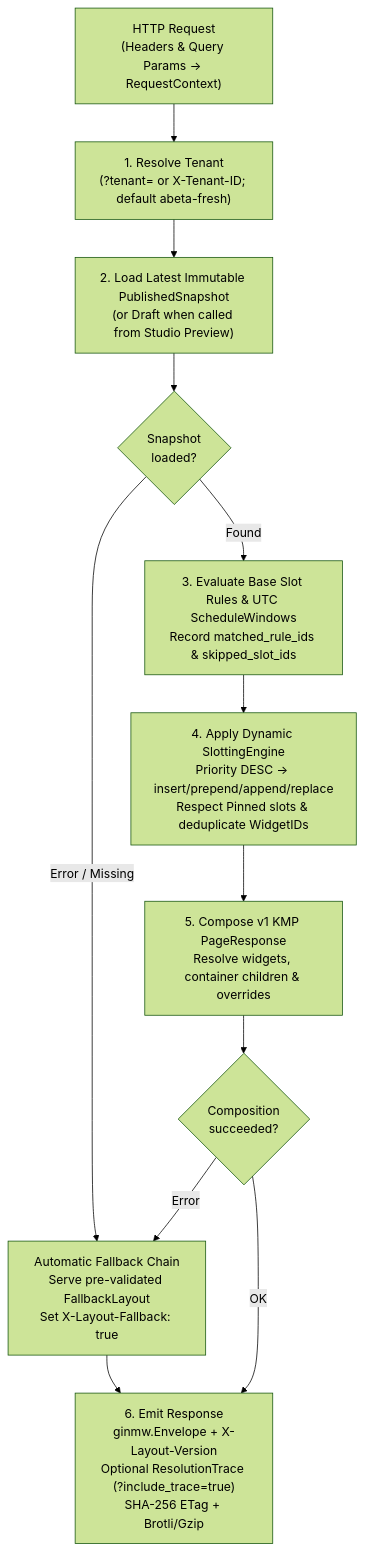
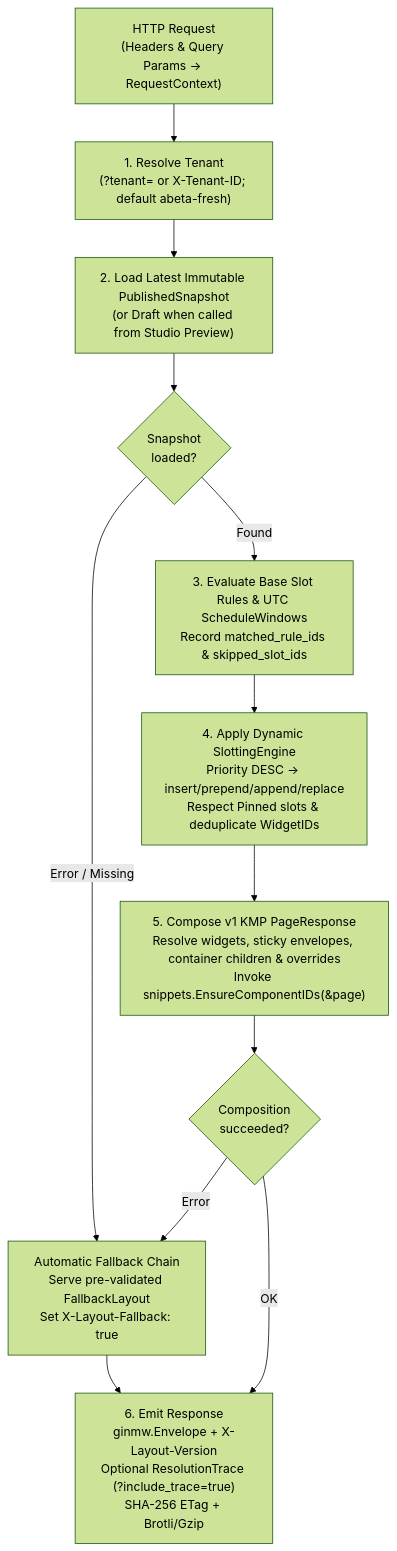
The second of 2 diagrams in docs/architecture.md (Abeta-dev/layout-engine), drawn with Mermaid (forest theme) before and after one commit. The commit also changed other lines of this file and 36 other files, not shown here.

Commit message:
feat(engine): upgrade to v0.4.0 with kmp/bff v0.6.0 (36 ComposedNodeKinds, box_alignment, Sticky, EnsureComponentIDs, CI Quality Gate)

````diff
--- a/docs/architecture.md
+++ b/docs/architecture.md
@@ -79,19 +79,19 @@
 ```mermaid
 flowchart TD
     REQ["HTTP Request\n(Headers & Query Params -> RequestContext)"]
     TENANT["1. Resolve Tenant\n(?tenant= or X-Tenant-ID; default abeta-fresh)"]
     SNAP["2. Load Latest Immutable PublishedSnapshot\n(or Draft when called from Studio Preview)"]
     SNAP_OK{"Snapshot\nloaded?"}
     FALLBACK["Automatic Fallback Chain\nServe pre-validated FallbackLayout\nSet X-Layout-Fallback: true"]
     SLOT_FILTER["3. Evaluate Base Slot Rules & UTC ScheduleWindows\nRecord matched_rule_ids & skipped_slot_ids"]
     SLOTTING["4. Apply Dynamic SlottingEngine\nPriority DESC -> insert/prepend/append/replace\nRespect Pinned slots & deduplicate WidgetIDs"]
-    COMPOSE["5. Compose v1 KMP PageResponse\nResolve widgets, container children & overrides"]
+    COMPOSE["5. Compose v1 KMP PageResponse\nResolve widgets, sticky envelopes, container children & overrides\nInvoke snippets.EnsureComponentIDs(&page)"]
     COMP_OK{"Composition\nsucceeded?"}
     RESP["6. Emit Response\nginmw.Envelope + X-Layout-Version\nOptional ResolutionTrace (?include_trace=true)\nSHA-256 ETag + Brotli/Gzip"]
 
     REQ --> TENANT --> SNAP --> SNAP_OK
     SNAP_OK -- "Error / Missing" --> FALLBACK --> RESP
     SNAP_OK -- "Found" --> SLOT_FILTER --> SLOTTING --> COMPOSE --> COMP_OK
     COMP_OK -- "Error" --> FALLBACK
     COMP_OK -- "OK" --> RESP
 ```
````
